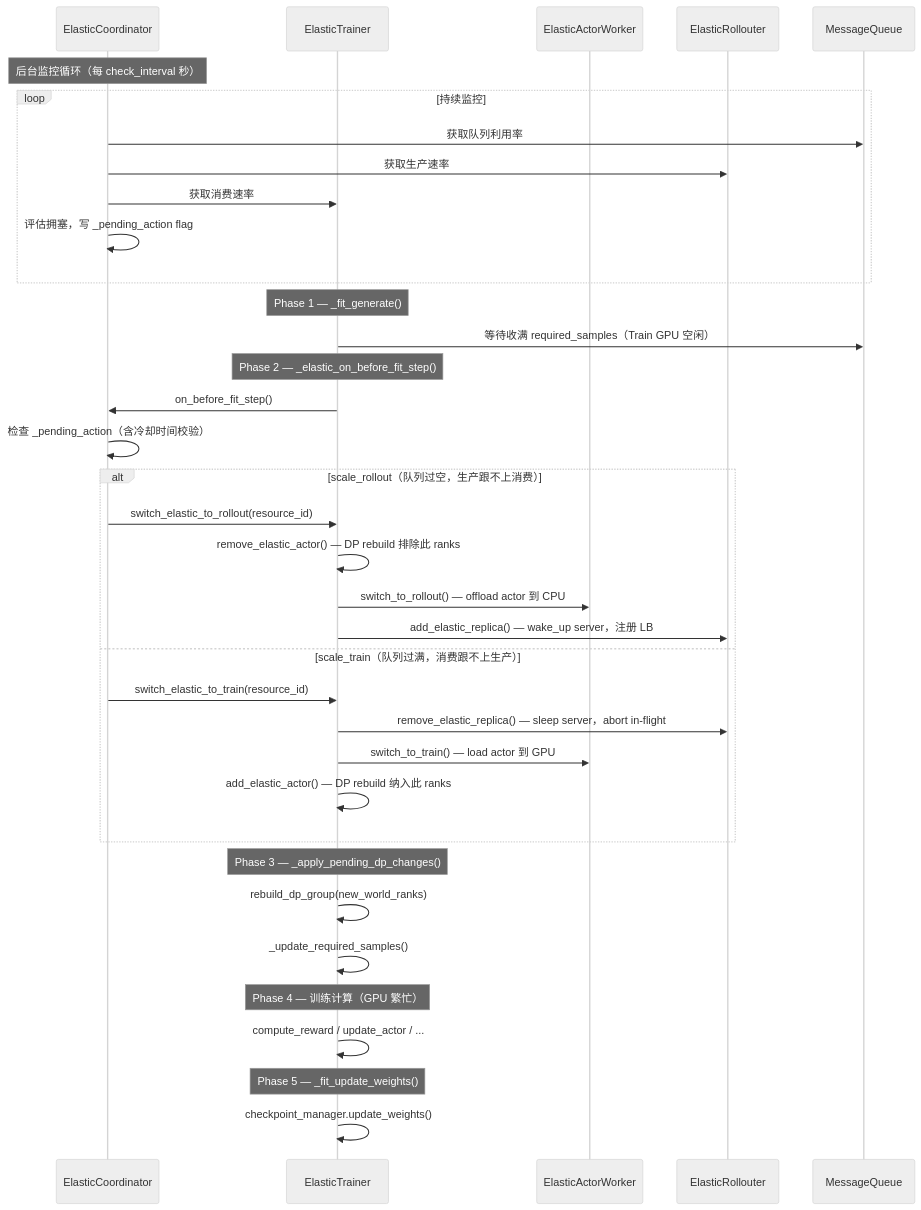
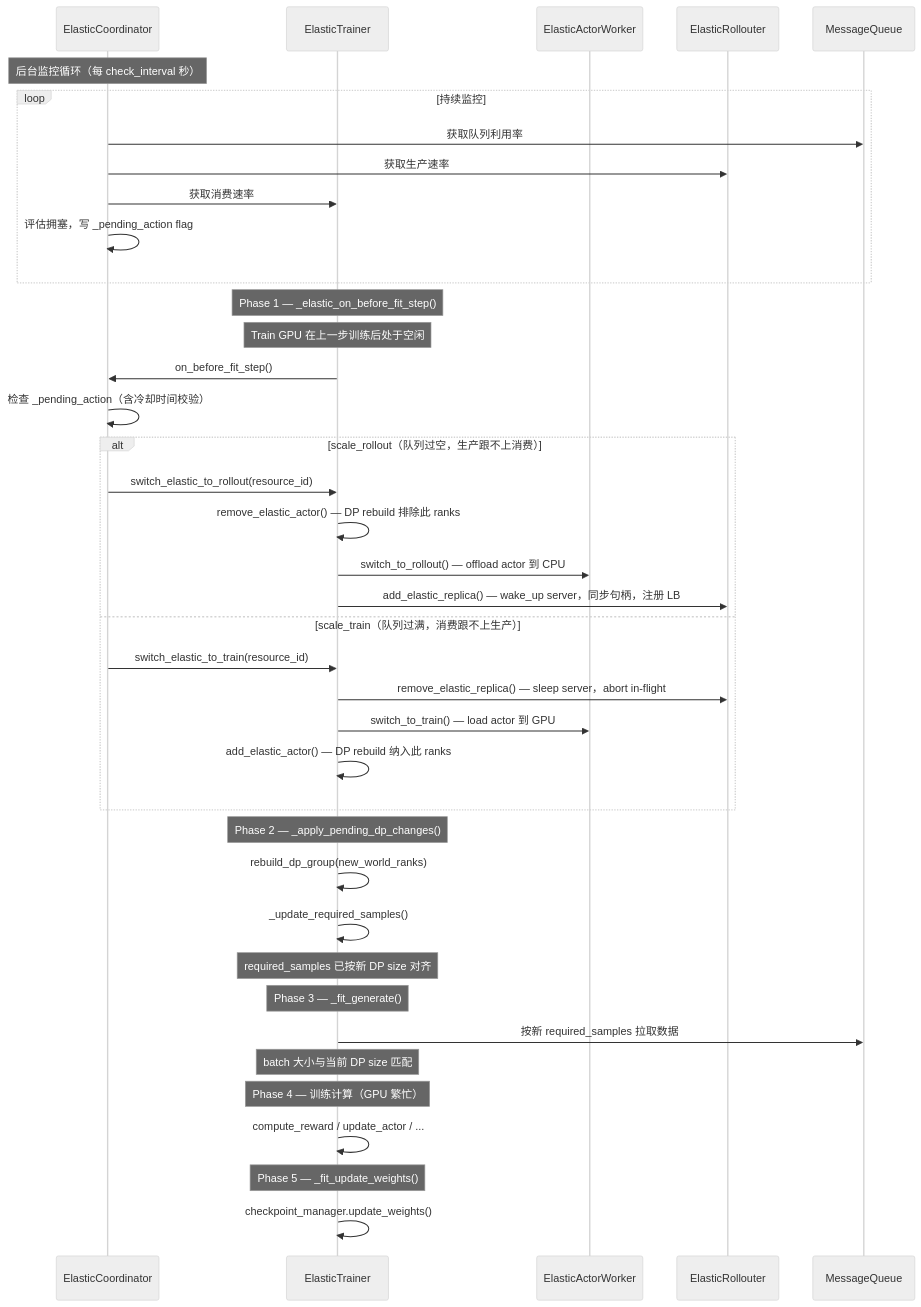
One commit to meituan-search/verl changed the third of 13 diagrams in verl/experimental/elastic_scheduling/README.md. Above: the diagram before and after it, drawn with Mermaid (neutral theme). The commit also changed other lines of this file and 11 other files, not shown here.

````diff
--- a/verl/experimental/elastic_scheduling/README.md
+++ b/verl/experimental/elastic_scheduling/README.md
@@ -90,45 +90,48 @@
 ```mermaid
 sequenceDiagram
     participant EC as ElasticCoordinator
     participant ET as ElasticTrainer
     participant EW as ElasticActorWorker
     participant ER as ElasticRollouter
     participant MQ as MessageQueue
     
     Note over EC: 后台监控循环（每 check_interval 秒）
     loop 持续监控
         EC->>MQ: 获取队列利用率
         EC->>ER: 获取生产速率
         EC->>ET: 获取消费速率
         EC->>EC: 评估拥塞，写 _pending_action flag
     end
     
-    Note over ET: Phase 1 — _fit_generate()
-    ET->>MQ: 等待收满 required_samples（Train GPU 空闲）
-
-    Note over ET: Phase 2 — _elastic_on_before_fit_step()
+    Note over ET: Phase 1 — _elastic_on_before_fit_step()
+    Note over ET: Train GPU 在上一步训练后处于空闲
     ET->>EC: on_before_fit_step()
     EC->>EC: 检查 _pending_action（含冷却时间校验）
 
     alt scale_rollout（队列过空，生产跟不上消费）
         EC->>ET: switch_elastic_to_rollout(resource_id)
         ET->>ET: remove_elastic_actor() — DP rebuild 排除此 ranks
         ET->>EW: switch_to_rollout() — offload actor 到 CPU
-        ET->>ER: add_elastic_replica() — wake_up server，注册 LB
+        ET->>ER: add_elastic_replica() — wake_up server，同步句柄，注册 LB
     else scale_train（队列过满，消费跟不上生产）
         EC->>ET: switch_elastic_to_train(resource_id)
         ET->>ER: remove_elastic_replica() — sleep server，abort in-flight
         ET->>EW: switch_to_train() — load actor 到 GPU
         ET->>ET: add_elastic_actor() — DP rebuild 纳入此 ranks
     end
         
-    Note over ET: Phase 3 — _apply_pending_dp_changes()
+    Note over ET: Phase 2 — _apply_pending_dp_changes()
     ET->>ET: rebuild_dp_group(new_world_ranks)
     ET->>ET: _update_required_samples()
+    Note over ET: required_samples 已按新 DP size 对齐
+
+    Note over ET: Phase 3 — _fit_generate()
+    ET->>MQ: 按新 required_samples 拉取数据
+    Note over ET: batch 大小与当前 DP size 匹配
 
     Note over ET: Phase 4 — 训练计算（GPU 繁忙）
     ET->>ET: compute_reward / update_actor / ...
 
     Note over ET: Phase 5 — _fit_update_weights()
     ET->>ET: checkpoint_manager.update_weights()
 ```
````
